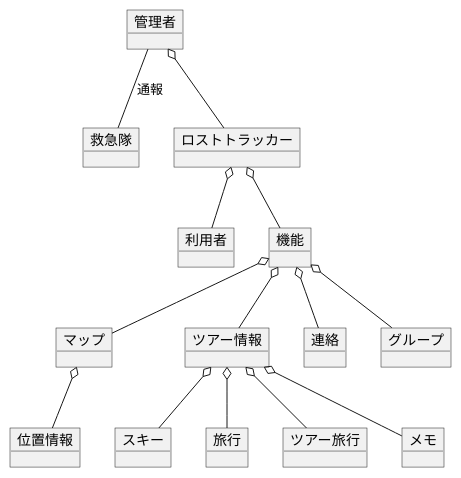
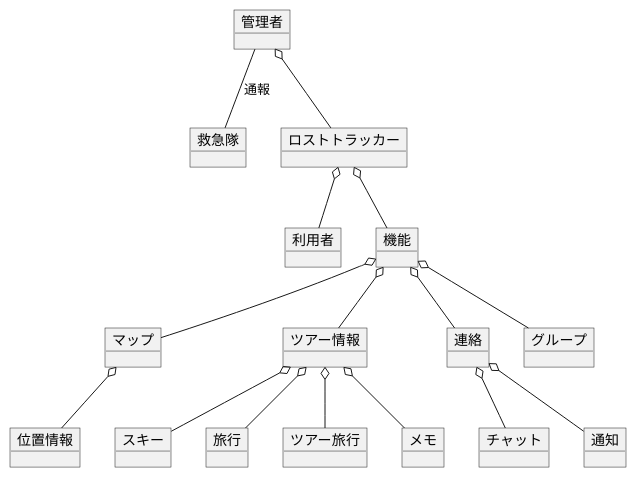
The diagram in F_dmainModel.plantuml (ksw2270227/GroupF), drawn with PlantUML before and after one commit.

Commit message:
斉藤編集

```diff
--- a/F_dmainModel.plantuml
+++ b/F_dmainModel.plantuml
@@ -1,41 +1,44 @@
 @startuml ドメインモデル
 
 
 object 救急隊
 object ロストトラッカー
 object 位置情報
 object 管理者
 object 利用者
 object マップ
 object スキー
 object 旅行
 object ツアー旅行
 object メモ
 object ツアー情報
 object 連絡
 object 機能
 object グループ
 
+object チャット
+object 通知
+
 
 管理者 -- 救急隊 : 通報
 管理者 o-- ロストトラッカー
 ロストトラッカー o-- 利用者
 
 ロストトラッカー o-- 機能
 機能 o-- 連絡
+連絡 o-- チャット
+連絡 o-- 通知
 機能 o-- マップ
 マップ o-- 位置情報
 機能 o-- グループ
 機能 o-- ツアー情報
-
-
 
 ツアー情報 o-- スキー
 ツアー情報 o-- 旅行
 ツアー情報 o-- ツアー旅行
 ツアー情報 o-- メモ
 
 
 
 
 @enduml
```
